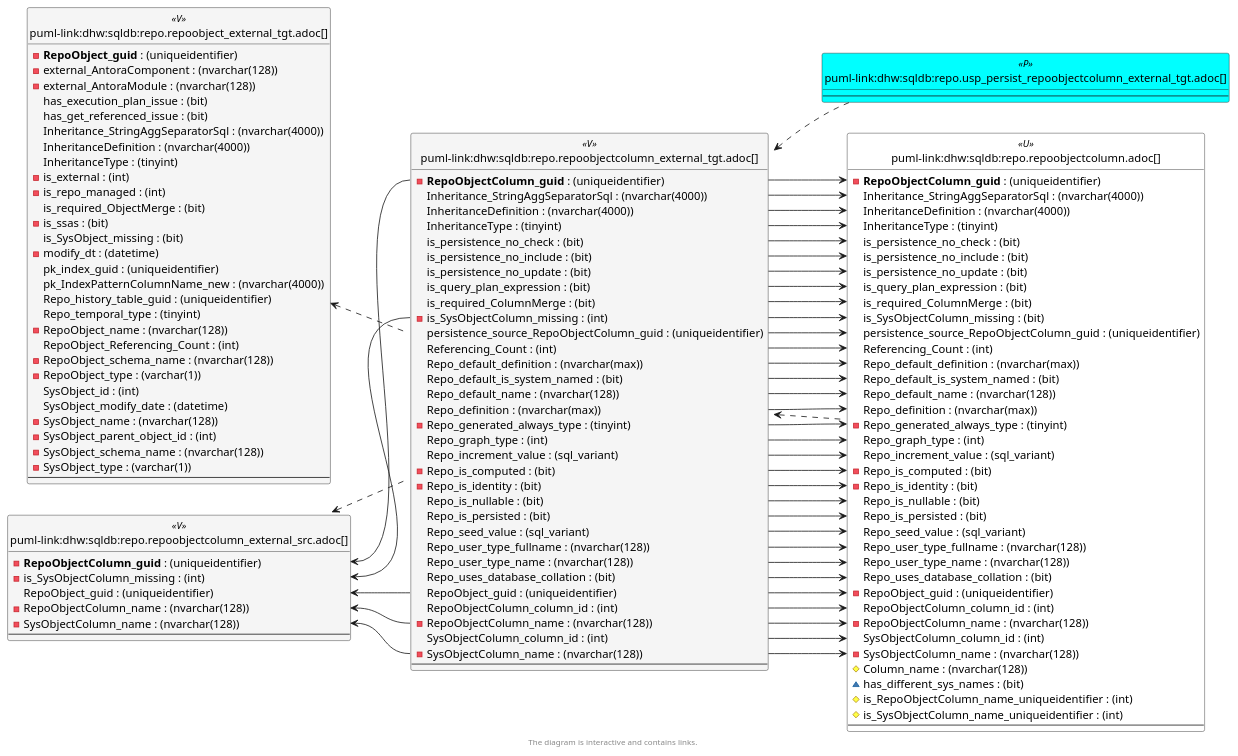
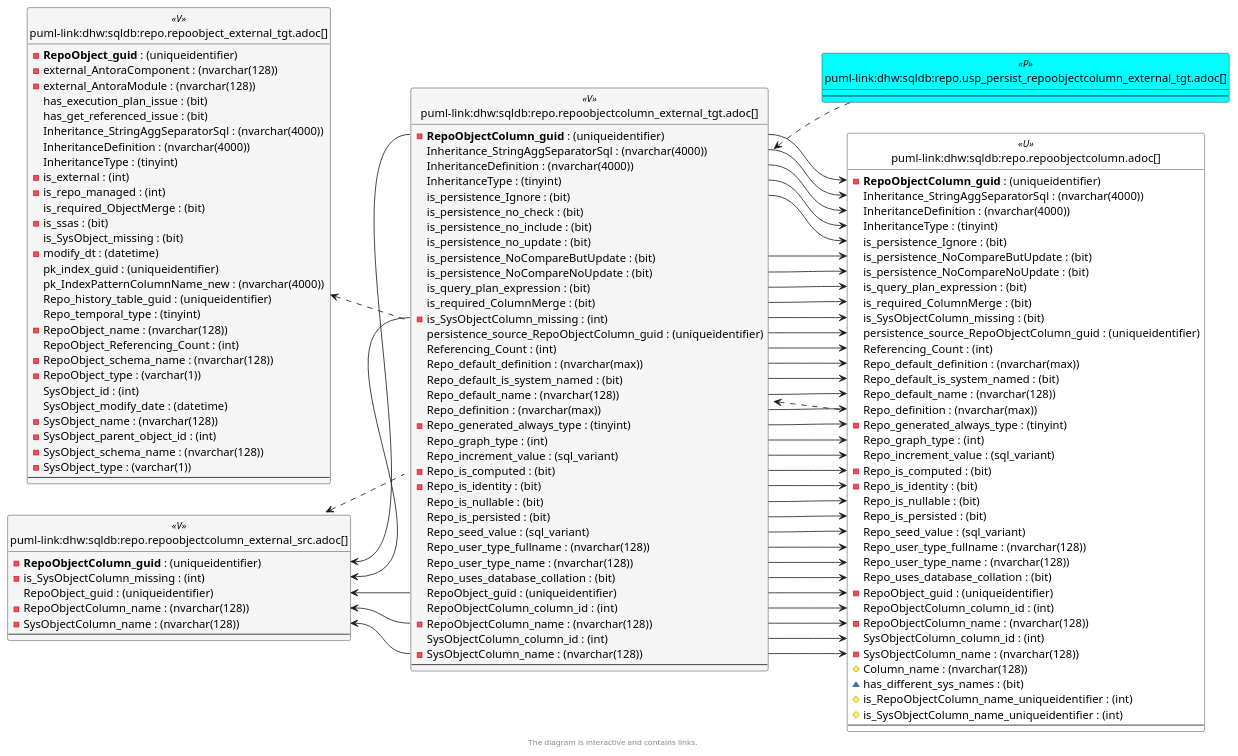
One commit to DataHandwerk/dhw-antora-sqldb changed the sixth of 6 diagrams in docs/modules/sqldb/partials/content/repo.repoobjectcolumn_external_tgt.adoc. Above: the diagram before and after it, drawn with PlantUML. The commit also changed other lines of this file and 751 other files, not shown here.

```diff
--- a/docs/modules/sqldb/partials/content/repo.repoobjectcolumn_external_tgt.adoc
+++ b/docs/modules/sqldb/partials/content/repo.repoobjectcolumn_external_tgt.adoc
@@ -3614,9 +3649,9 @@
   Inheritance_StringAggSeparatorSql : (nvarchar(4000))
   InheritanceDefinition : (nvarchar(4000))
   InheritanceType : (tinyint)
-  is_persistence_no_check : (bit)
-  is_persistence_no_include : (bit)
-  is_persistence_no_update : (bit)
+  is_persistence_Ignore : (bit)
+  is_persistence_NoCompareButUpdate : (bit)
+  is_persistence_NoCompareNoUpdate : (bit)
   is_query_plan_expression : (bit)
   is_required_ColumnMerge : (bit)
   is_SysObjectColumn_missing : (bit)
@@ -3663,9 +3698,12 @@
   Inheritance_StringAggSeparatorSql : (nvarchar(4000))
   InheritanceDefinition : (nvarchar(4000))
   InheritanceType : (tinyint)
+  is_persistence_Ignore : (bit)
   is_persistence_no_check : (bit)
   is_persistence_no_include : (bit)
   is_persistence_no_update : (bit)
+  is_persistence_NoCompareButUpdate : (bit)
+  is_persistence_NoCompareNoUpdate : (bit)
   is_query_plan_expression : (bit)
   is_required_ColumnMerge : (bit)
   - is_SysObjectColumn_missing : (int)
@@ -3705,9 +3743,9 @@
 "repo.RepoObjectColumn::Inheritance_StringAggSeparatorSql" <-- "repo.RepoObjectColumn_external_tgt::Inheritance_StringAggSeparatorSql"
 "repo.RepoObjectColumn::InheritanceDefinition" <-- "repo.RepoObjectColumn_external_tgt::InheritanceDefinition"
 "repo.RepoObjectColumn::InheritanceType" <-- "repo.RepoObjectColumn_external_tgt::InheritanceType"
-"repo.RepoObjectColumn::is_persistence_no_check" <-- "repo.RepoObjectColumn_external_tgt::is_persistence_no_check"
-"repo.RepoObjectColumn::is_persistence_no_include" <-- "repo.RepoObjectColumn_external_tgt::is_persistence_no_include"
-"repo.RepoObjectColumn::is_persistence_no_update" <-- "repo.RepoObjectColumn_external_tgt::is_persistence_no_update"
+"repo.RepoObjectColumn::is_persistence_Ignore" <-- "repo.RepoObjectColumn_external_tgt::is_persistence_Ignore"
+"repo.RepoObjectColumn::is_persistence_NoCompareButUpdate" <-- "repo.RepoObjectColumn_external_tgt::is_persistence_NoCompareButUpdate"
+"repo.RepoObjectColumn::is_persistence_NoCompareNoUpdate" <-- "repo.RepoObjectColumn_external_tgt::is_persistence_NoCompareNoUpdate"
 "repo.RepoObjectColumn::is_query_plan_expression" <-- "repo.RepoObjectColumn_external_tgt::is_query_plan_expression"
 "repo.RepoObjectColumn::is_required_ColumnMerge" <-- "repo.RepoObjectColumn_external_tgt::is_required_ColumnMerge"
 "repo.RepoObjectColumn::is_SysObjectColumn_missing" <-- "repo.RepoObjectColumn_external_tgt::is_SysObjectColumn_missing"
```
